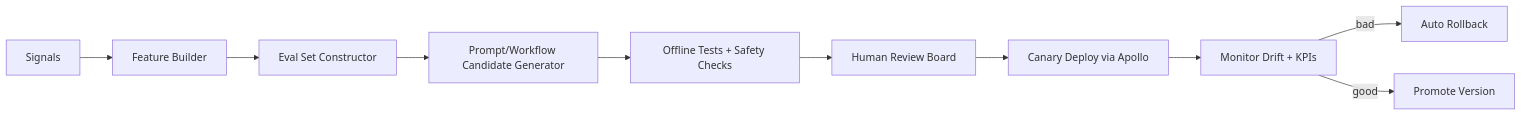
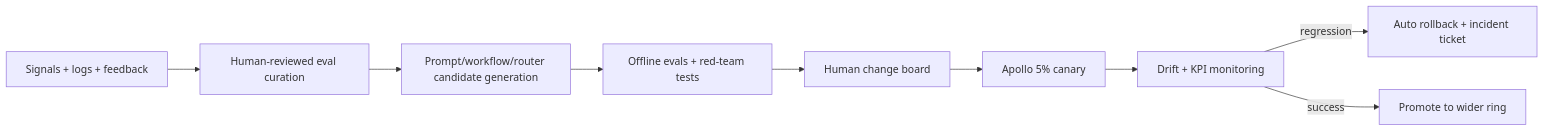
Before and after one commit to ClearGlassInc/ClearGlassIncorporated-Desmond: the third of 3 diagrams in ARTEMIS_AIP_ARCHITECTURE.md, drawn with Mermaid. The commit also changed other lines of this file, not shown here.

Commit message:
Expand Artemis 2040 architecture blueprint

````diff
--- a/ARTEMIS_AIP_ARCHITECTURE.md
+++ b/ARTEMIS_AIP_ARCHITECTURE.md
@@ -195,12 +248,11 @@
 ```mermaid
 flowchart LR
-    S[Signals] --> F[Feature Builder]
-    F --> E[Eval Set Constructor]
-    E --> P[Prompt/Workflow Candidate Generator]
-    P --> T[Offline Tests + Safety Checks]
-    T --> A[Human Review Board]
-    A --> C[Canary Deploy via Apollo]
-    C --> M[Monitor Drift + KPIs]
-    M -->|bad| R[Auto Rollback]
-    M -->|good| G[Promote Version]
+    CAPTURE[Signals + logs + feedback] --> CURATE[Human-reviewed eval curation]
+    CURATE --> CAND[Prompt/workflow/router candidate generation]
+    CAND --> TEST[Offline evals + red-team tests]
+    TEST --> REVIEW[Human change board]
+    REVIEW --> CANARY[Apollo 5% canary]
+    CANARY --> MONITOR[Drift + KPI monitoring]
+    MONITOR -->|regression| ROLLBACK[Auto rollback + incident ticket]
+    MONITOR -->|success| PROMOTE[Promote to wider ring]
 ```
````
